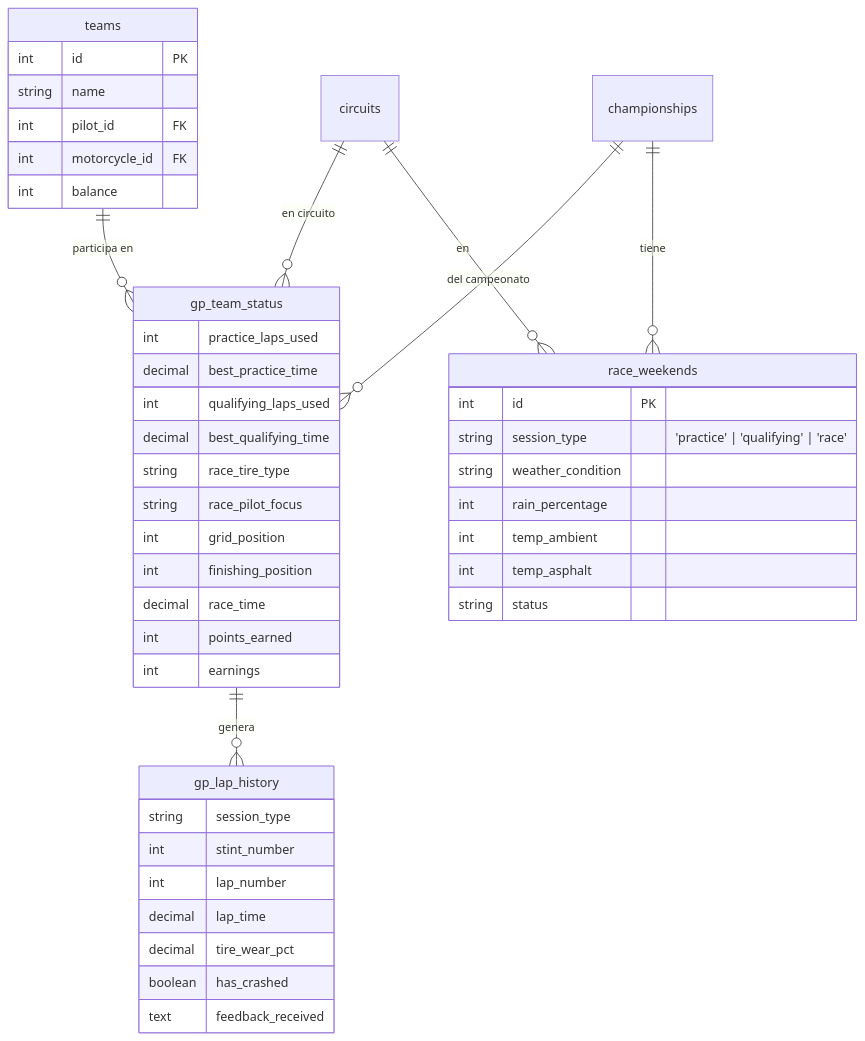
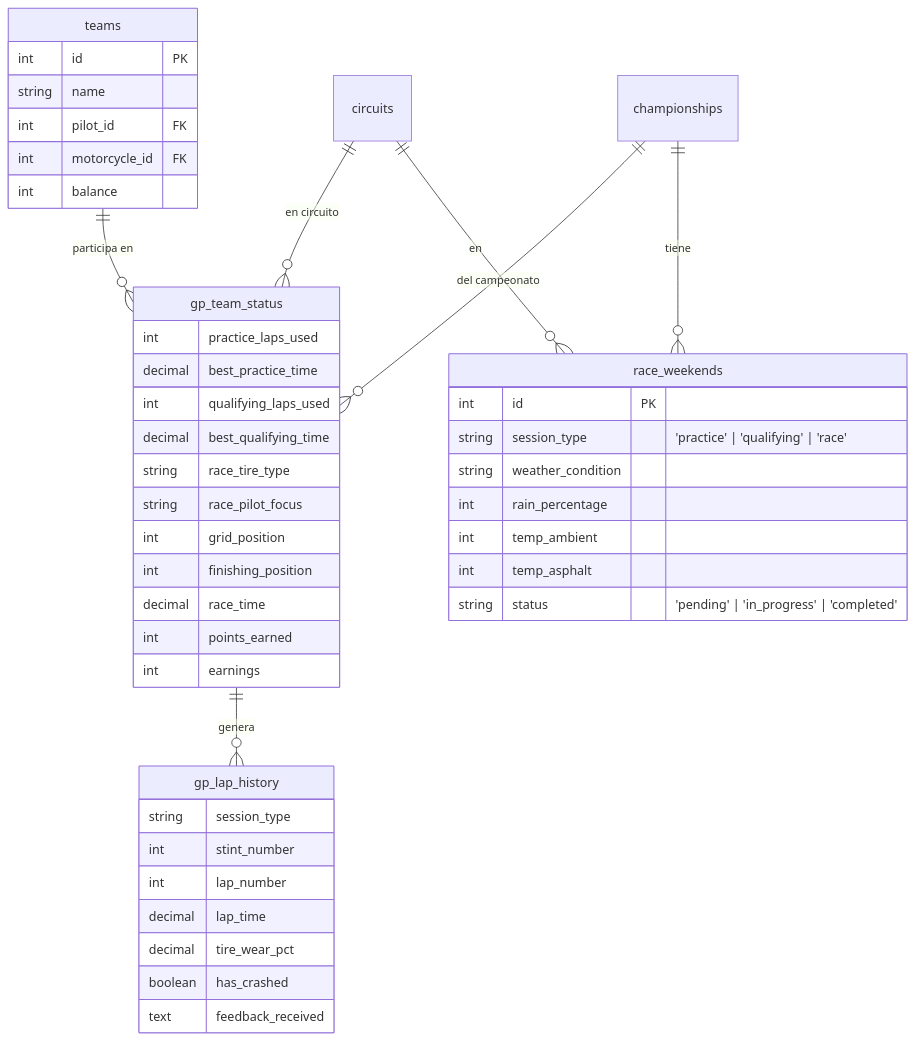
Before and after one commit to iubeda/gp-masters: the eighth of 8 diagrams in docs/simulation-engine.md, drawn with Mermaid. The commit also changed other lines of this file and 2 other files, not shown here.

````diff
--- a/docs/simulation-engine.md
+++ b/docs/simulation-engine.md
@@ -494,53 +494,53 @@
 ```mermaid
 erDiagram
     teams ||--o{ gp_team_status : "participa en"
     circuits ||--o{ gp_team_status : "en circuito"
     championships ||--o{ gp_team_status : "del campeonato"
     
     gp_team_status ||--o{ gp_lap_history : "genera"
     
     championships ||--o{ race_weekends : "tiene"
     circuits ||--o{ race_weekends : "en"
     
     teams {
         int id PK
         string name
         int pilot_id FK
         int motorcycle_id FK
         int balance
     }
     
     race_weekends {
         int id PK
         string session_type "'practice' | 'qualifying' | 'race'"
         string weather_condition
         int rain_percentage
         int temp_ambient
         int temp_asphalt
-        string status
+        string status "'pending' | 'in_progress' | 'completed'"
     }
     
     gp_team_status {
         int practice_laps_used
         decimal best_practice_time
         int qualifying_laps_used
         decimal best_qualifying_time
         string race_tire_type
         string race_pilot_focus
         int grid_position
         int finishing_position
         decimal race_time
         int points_earned
         int earnings
     }
     
     gp_lap_history {
         string session_type
         int stint_number
         int lap_number
         decimal lap_time
         decimal tire_wear_pct
         boolean has_crashed
         text feedback_received
     }
 ```
````
